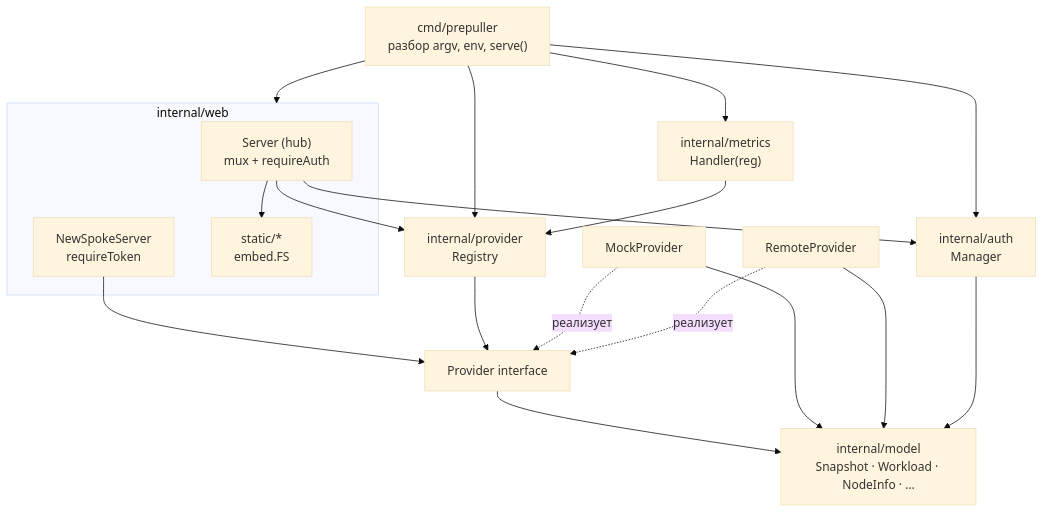
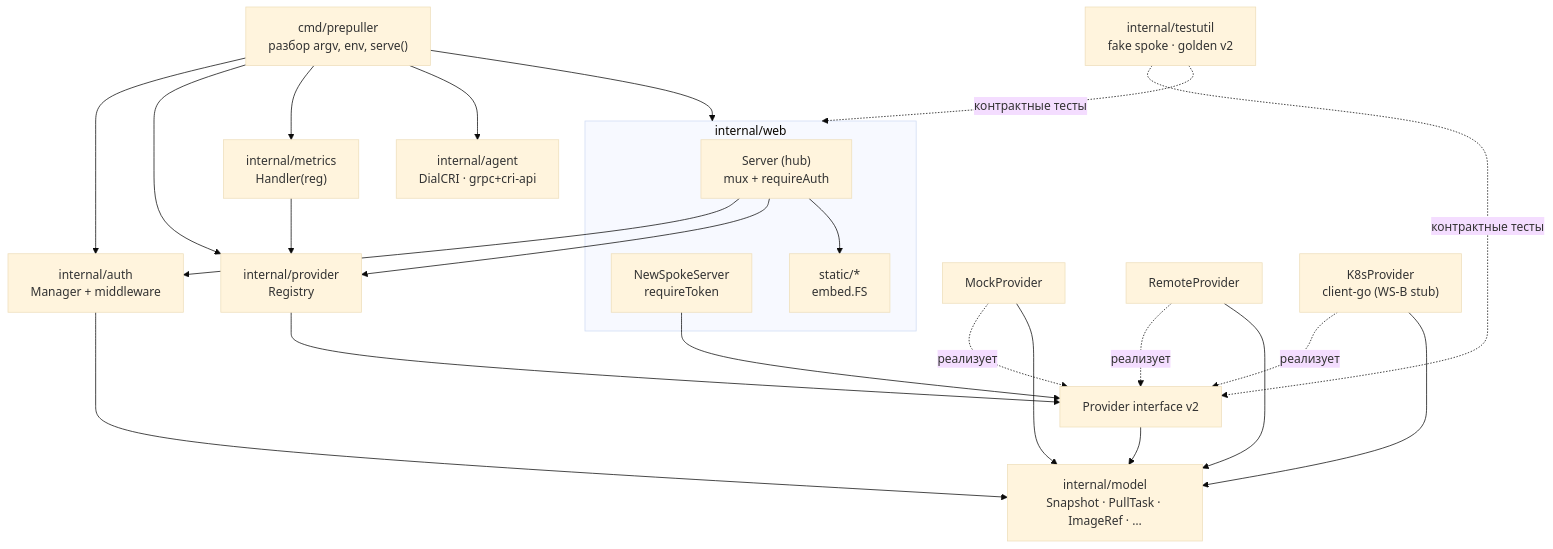
Before and after one commit to vasyakrg/image-prepuller: the second of 11 diagrams in docs/architecture.md, drawn with Mermaid (base theme). The commit also changed other lines of this file and 28 other files, not shown here.

````diff
--- a/docs/architecture.md
+++ b/docs/architecture.md
@@ -64,35 +64,43 @@
 ```mermaid
 flowchart TB
     MAIN["cmd/prepuller<br/>разбор argv, env, serve()"]
 
     subgraph WEB["internal/web"]
         SRV["Server (hub)<br/>mux + requireAuth"]
         SPK["NewSpokeServer<br/>requireToken"]
         ST["static/*<br/>embed.FS"]
     end
 
-    AUTH["internal/auth<br/>Manager"]
+    AUTH["internal/auth<br/>Manager + middleware"]
     REG["internal/provider<br/>Registry"]
-    IFACE["Provider interface"]
+    IFACE["Provider interface v2"]
     MOCK["MockProvider"]
     REM["RemoteProvider"]
+    K8SP["K8sProvider<br/>client-go (WS-B stub)"]
+    AG["internal/agent<br/>DialCRI · grpc+cri-api"]
     MET["internal/metrics<br/>Handler(reg)"]
-    MODEL["internal/model<br/>Snapshot · Workload · NodeInfo · …"]
+    MODEL["internal/model<br/>Snapshot · PullTask · ImageRef · …"]
+    TU["internal/testutil<br/>fake spoke · golden v2"]
 
     MAIN --> WEB
     MAIN --> AUTH
     MAIN --> REG
     MAIN --> MET
+    MAIN --> AG
     SRV --> AUTH
     SRV --> REG
     SRV --> ST
     SPK --> IFACE
     REG --> IFACE
     MOCK -.->|реализует| IFACE
     REM -.->|реализует| IFACE
+    K8SP -.->|реализует| IFACE
     MET --> REG
     IFACE --> MODEL
     MOCK --> MODEL
     REM --> MODEL
+    K8SP --> MODEL
     AUTH --> MODEL
+    TU -.->|контрактные тесты| WEB
+    TU -.->|контрактные тесты| IFACE
 ```
````
